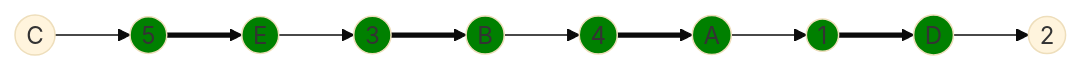
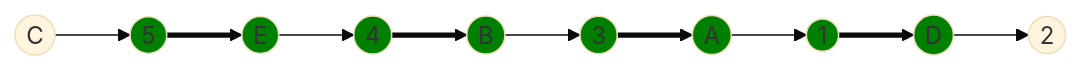
Before and after one commit to algos-ris-24-5/manual-tasks: diagram 14 of 16 in Задание 8/pedigree.md, drawn with Mermaid (base theme). The commit also changed other lines of this file, not shown here.

````diff
--- a/Задание 8/pedigree.md
+++ b/Задание 8/pedigree.md
@@ -465,24 +529,24 @@
 ```mermaid
 graph LR
     A((A))
     B((B))
     C((C))
     D((D))
     E((E))
     1((1))
     2((2))
     3((3))
     4((4))
     5((5))
 
-    C --> 5 ==> E --> 3 ==> B  --> 4 ==> A --> 1 ==> D --> 2
+    C --> 5 ==> E --> 4 ==> B --> 3 ==> A --> 1 ==> D --> 2
     
     style E fill:#008000
     style A fill:#008000
     style B fill:#008000
     style D fill:#008000
     style 1 fill:#008000
     style 3 fill:#008000
     style 4 fill:#008000
     style 5 fill:#008000
 ```
````
